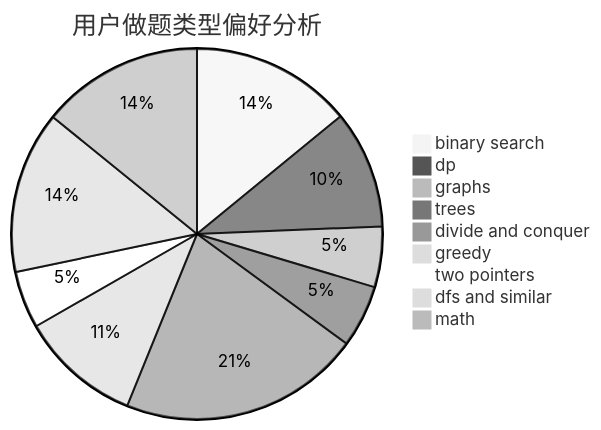
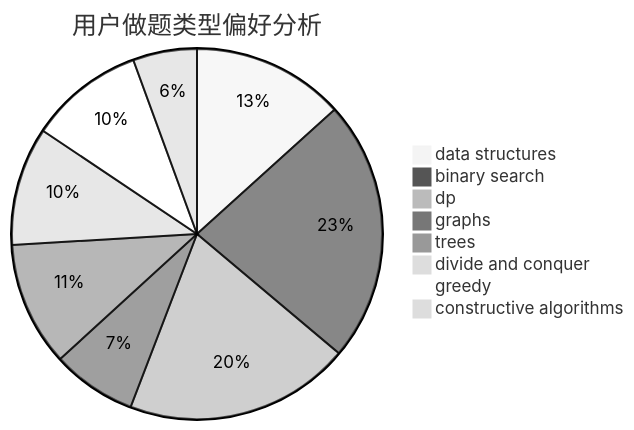
Before and after one commit to sherpahu/cfrs.github.io: the second of 3 diagrams in docs/user/u639.md, drawn with Mermaid (neutral theme). The commit also changed other lines of this file and 2775 other files, not shown here.

````diff
--- a/docs/user/u639.md
+++ b/docs/user/u639.md
@@ -23,12 +23,11 @@
 ```mermaid
 pie title 用户做题类型偏好分析
-    "binary search" :  189
-    "dp" :  138
-    "graphs" :  71
-    "trees" :  73
-    "divide and conquer" :  283
-    "greedy" :  142
-    "two pointers" :  67
-    "dfs and similar" :  190
-    "math" :  190
+    "data structures" :  81
+    "binary search" :  139
+    "dp" :  120
+    "graphs" :  45
+    "trees" :  66
+    "divide and conquer" :  63
+    "greedy" :  61
+    "constructive algorithms" :  34
 ```
````
